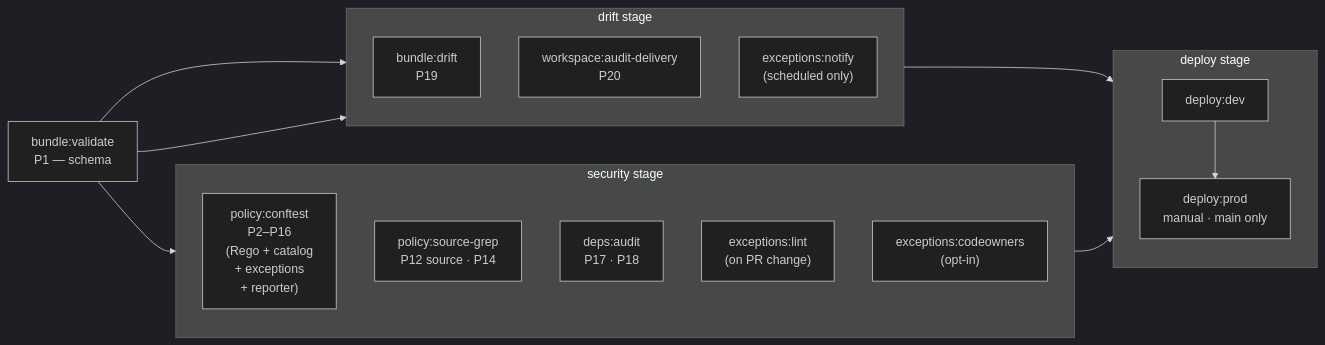
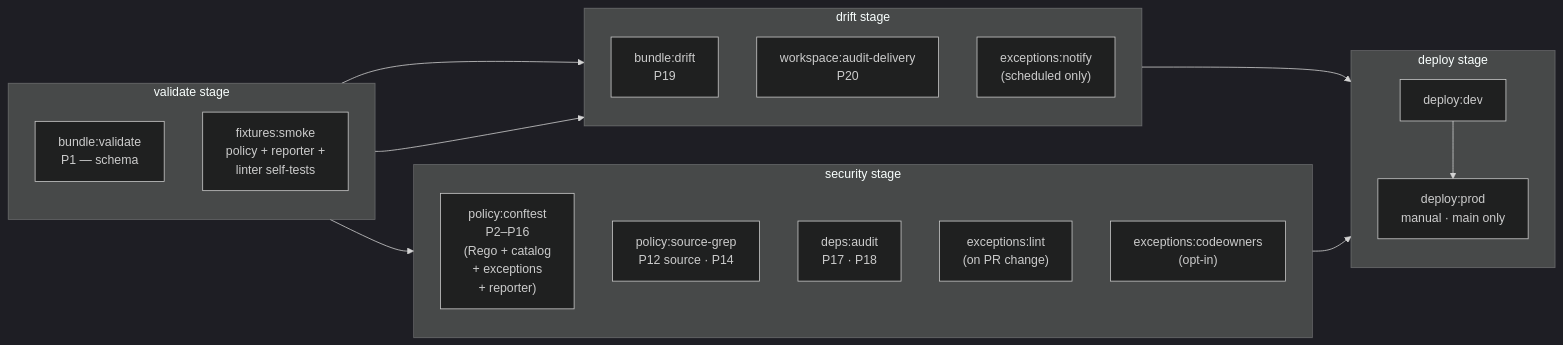
Before and after one commit to kholcomb/dab-policy-check: the diagram in README.md, drawn with Mermaid (dark theme). The commit also changed 1 other file, not shown here.

Commit message:
feat: add fixture self-tests for validation stage in CI pipeline

````diff
--- a/README.md
+++ b/README.md
@@ -34,33 +34,37 @@
 ```mermaid
 flowchart LR
-    V["bundle:validate<br/>P1 — schema"]
+    subgraph validate[validate stage]
+        direction TB
+        V["bundle:validate<br/>P1 — schema"]
+        F["fixtures:smoke<br/>policy + reporter +<br/>linter self-tests"]
+    end
 
     subgraph security[security stage]
         direction TB
         C["policy:conftest<br/>P2–P16<br/>(Rego + catalog<br/>+ exceptions<br/>+ reporter)"]
         G["policy:source-grep<br/>P12 source · P14"]
         D["deps:audit<br/>P17 · P18"]
         E["exceptions:lint<br/>(on PR change)"]
         EC["exceptions:codeowners<br/>(opt-in)"]
     end
 
     subgraph drift[drift stage]
         direction TB
         BD["bundle:drift<br/>P19"]
         WA["workspace:audit-delivery<br/>P20"]
         EN["exceptions:notify<br/>(scheduled only)"]
     end
 
     subgraph deploy[deploy stage]
         direction TB
         DD["deploy:dev"]
         DP["deploy:prod<br/>manual · main only"]
     end
 
     V --> C
     V --> BD
     V --> WA
     security --> deploy
     drift --> deploy
     DD --> DP
 ```
````
